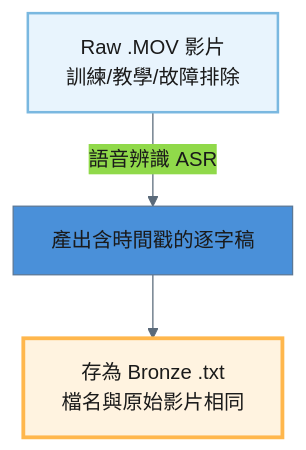
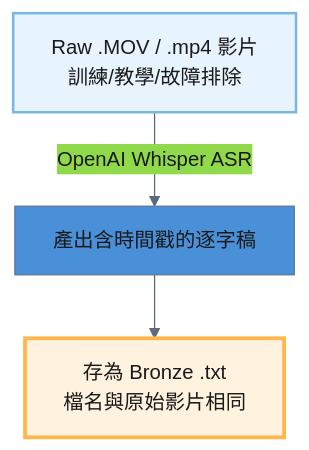
Before and after one commit to Imding1211/lock_AI_data: the first of 3 diagrams in docs/manuals/Video處理流程.md, drawn with Mermaid. The commit also changed other lines of this file and 62 other files, not shown here.

First line of the commit message:
docs: update all manuals to reflect semantic pre-chunking, HyDE, and small-to-big retrieval architecture

````diff
--- a/docs/manuals/Video處理流程.md
+++ b/docs/manuals/Video處理流程.md
@@ -21,17 +32,17 @@
 ```mermaid
 ---
 config:
   layout: dagre
   theme: base
   themeVariables:
     primaryColor: '#4A90D9'
     primaryTextColor: '#1a1a1a'
     lineColor: '#5A6A7A'
 ---
 graph TD
-    A[Raw .MOV 影片<br/>訓練/教學/故障排除] -->|語音辨識 ASR| B[產出含時間戳的逐字稿]
+    A[Raw .MOV / .mp4 影片<br/>訓練/教學/故障排除] -->|OpenAI Whisper ASR| B[產出含時間戳的逐字稿]
     B --> C[存為 Bronze .txt<br/>檔名與原始影片相同]
 
     style A fill:#E8F4FD,stroke:#7AB8E0,stroke-width:2px
     style C fill:#FFF3E0,stroke:#FFB74D,stroke-width:3px
 ```
````
